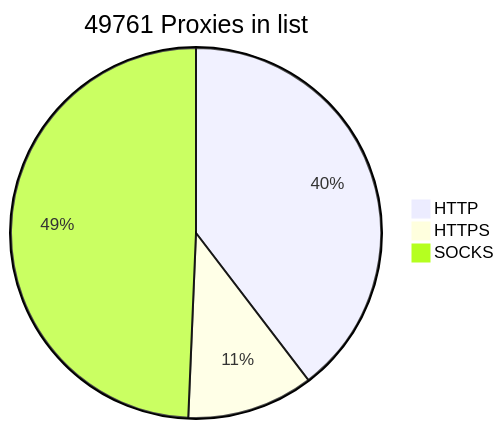
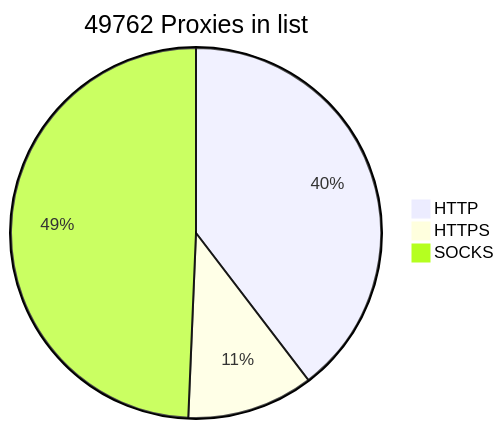
One commit to BlackSnowDot/proxylist-update-every-minute changed the diagram in README.md. Above: the diagram before and after it, drawn with Mermaid.

````diff
--- a/README.md
+++ b/README.md
@@ -2,6 +2,6 @@
 ```mermaid
-pie title 49761 Proxies in list
+pie title 49762 Proxies in list
     "HTTP" : 21845
     "HTTPS": 6092
-    "SOCKS" : 27202
+    "SOCKS" : 27203
 ```
````
